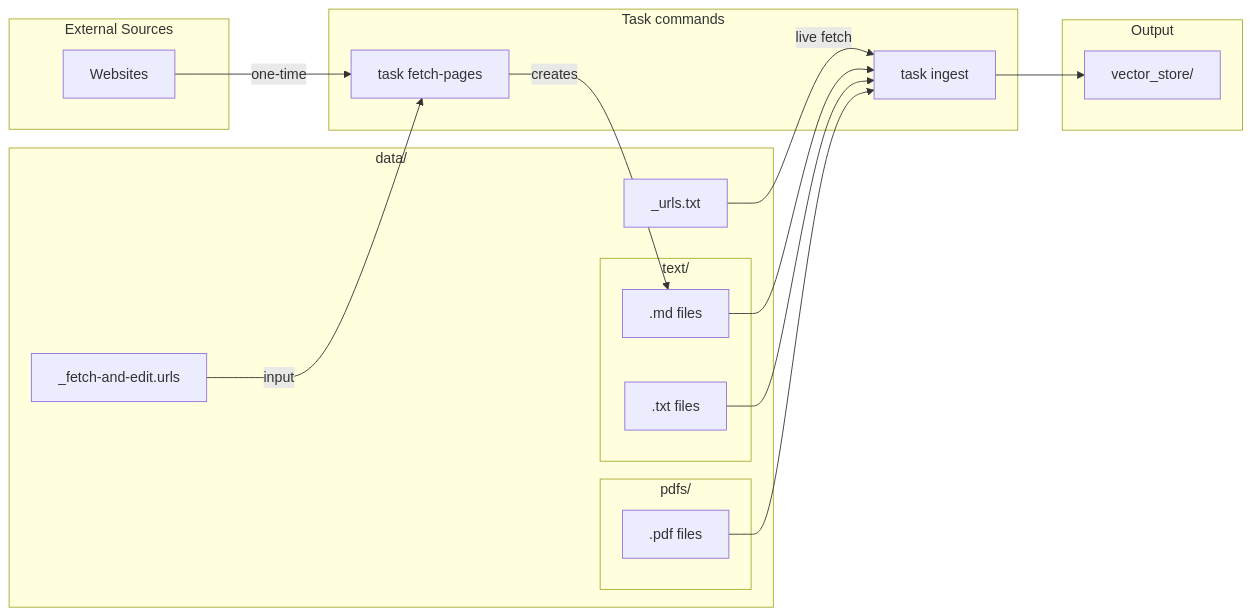
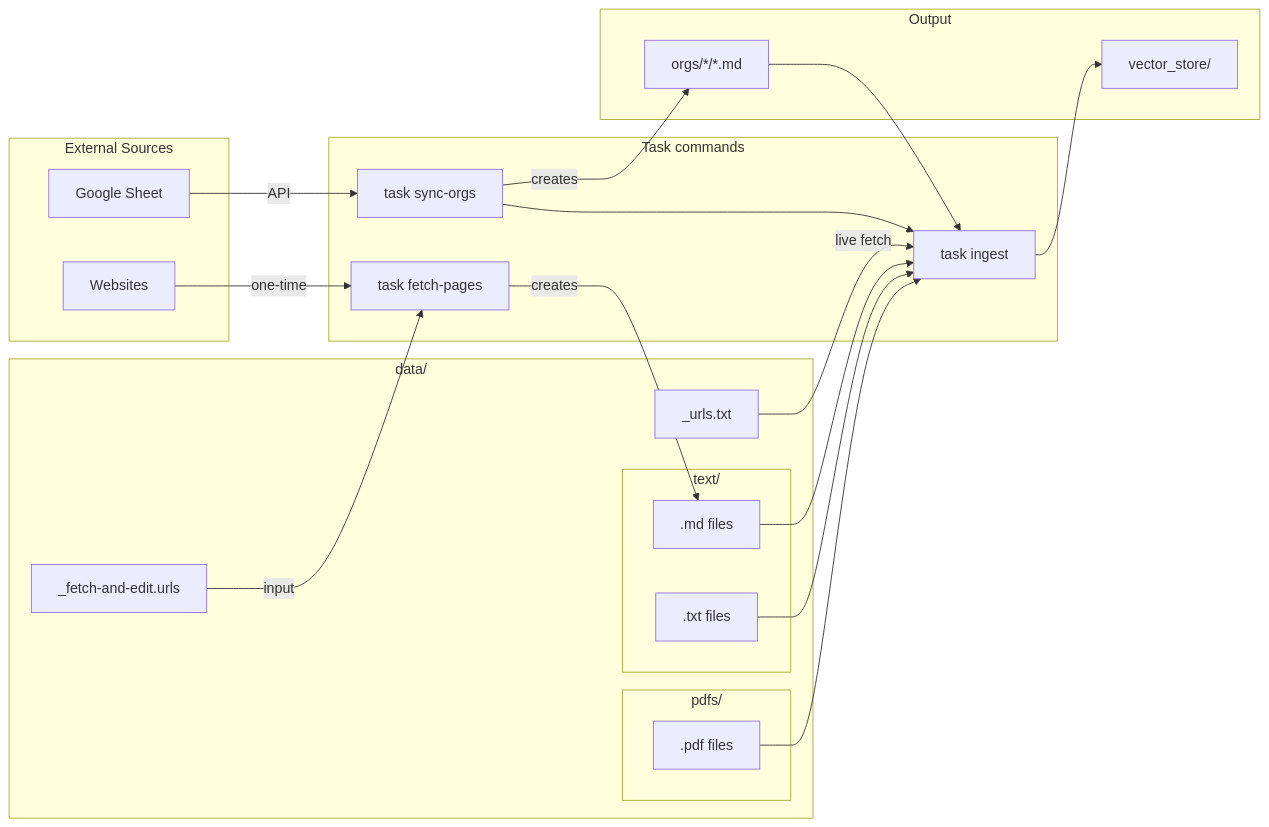
One commit to bkayser/OSROAgent changed the diagram in README-ingest.md. Above: the diagram before and after it, drawn with Mermaid. The commit also changed other lines of this file and 41 other files, not shown here.

````diff
--- a/README-ingest.md
+++ b/README-ingest.md
@@ -34,37 +38,44 @@
 ```mermaid
 flowchart LR
     subgraph sources [External Sources]
         web[Websites]
+        sheet[Google Sheet]
     end
 
     subgraph datadir [data/]
         urls["_urls.txt"]
         fetchurls["_fetch-and-edit.urls"]
         subgraph text [text/]
             md[".md files"]
             txt[".txt files"]
         end
         subgraph pdfs [pdfs/]
             pdf[".pdf files"]
         end
     end
 
     subgraph tools [Task commands]
+        sync["task sync-orgs"]
         fetch["task fetch-pages"]
         ingest["task ingest"]
     end
 
     subgraph output [Output]
+        orgs["orgs/*/*.md"]
         vs["vector_store/"]
     end
 
     web -->|one-time| fetch
+    sheet -->|API| sync
     fetchurls -->|input| fetch
     fetch -->|creates| md
 
+    sync -->|creates| orgs
+    sync --> ingest
     urls -->|live fetch| ingest
     md --> ingest
     txt --> ingest
     pdf --> ingest
+    orgs --> ingest
     ingest --> vs
 ```
````
